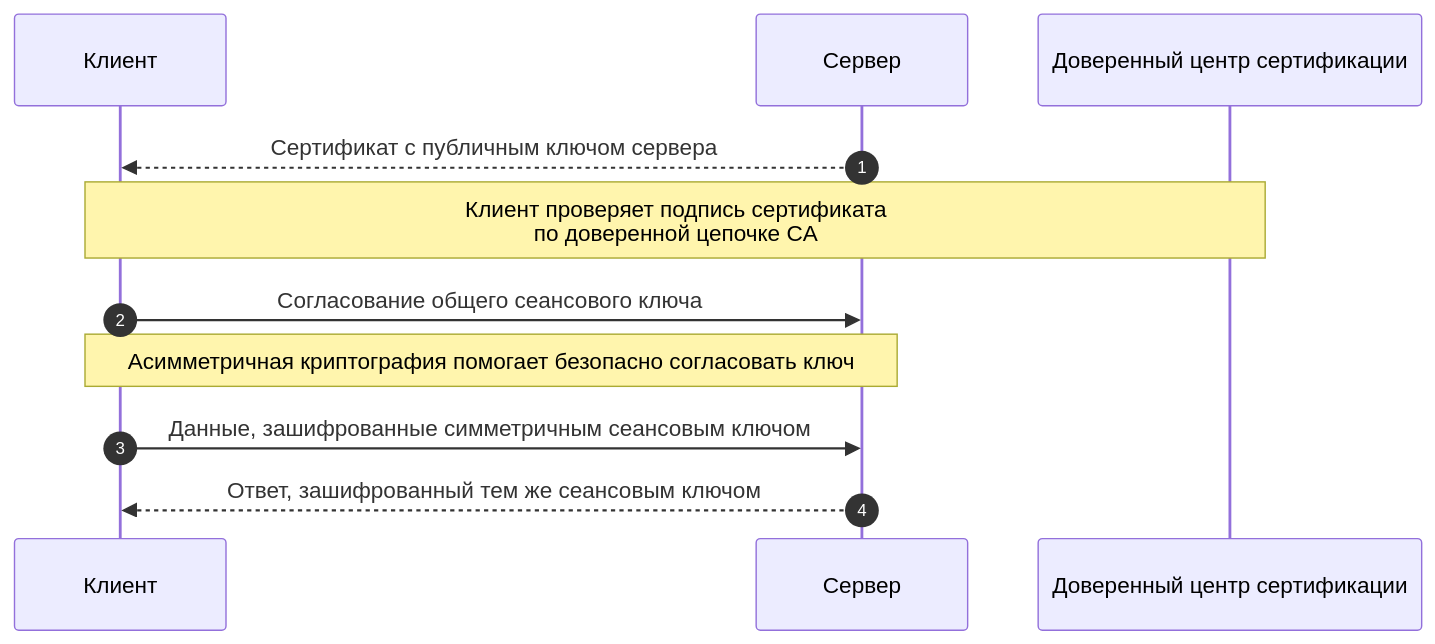
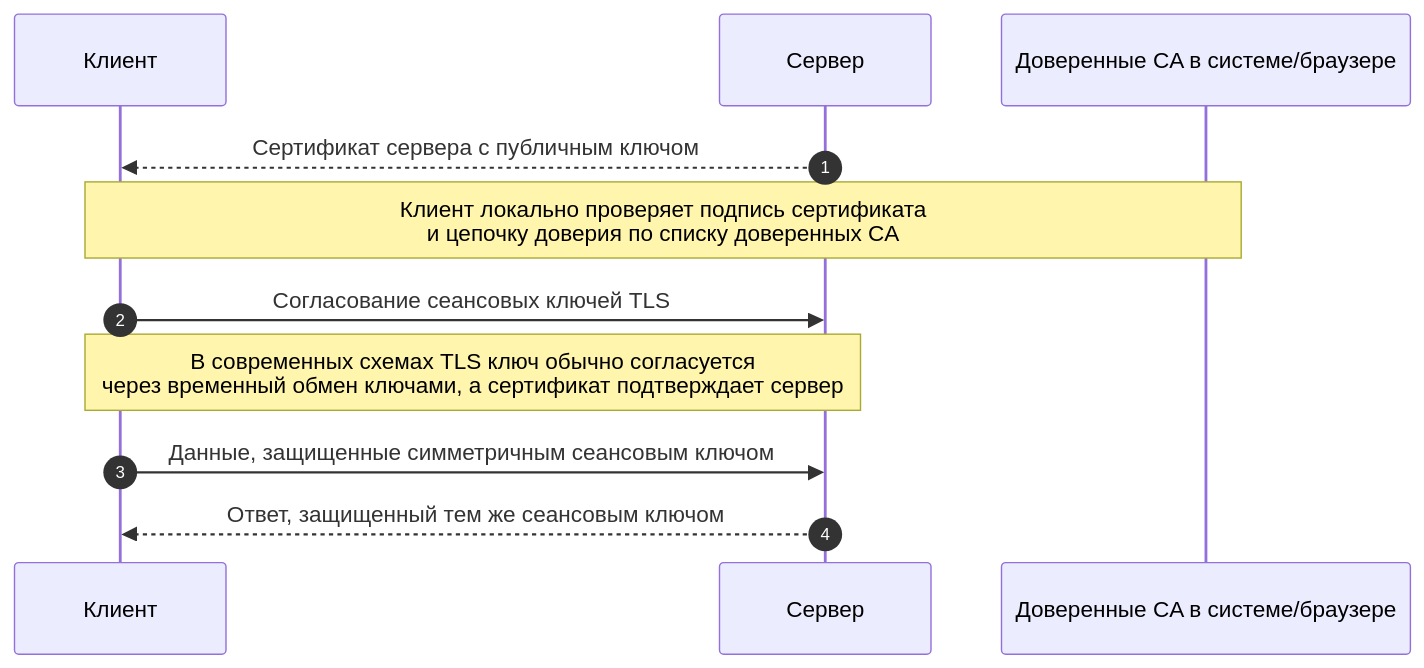
One commit to Mohanad0101/NetworSystemsQuestions changed diagram 25 of 32 in README.md. Above: the diagram before and after it, drawn with Mermaid. The commit also changed other lines of this file and 1 other file, not shown here.

````diff
--- a/README.md
+++ b/README.md
@@ -3450,13 +2080,13 @@
 ```mermaid
 sequenceDiagram
     autonumber
     participant C as Клиент
     participant S as Сервер
-    participant CA as Доверенный центр сертификации
-    S-->>C: Сертификат с публичным ключом сервера
-    Note over C,CA: Клиент проверяет подпись сертификата<br/>по доверенной цепочке CA
-    C->>S: Согласование общего сеансового ключа
-    Note over C,S: Асимметричная криптография помогает безопасно согласовать ключ
-    C->>S: Данные, зашифрованные симметричным сеансовым ключом
-    S-->>C: Ответ, зашифрованный тем же сеансовым ключом
+    participant T as Доверенные CA в системе/браузере
+    S-->>C: Сертификат сервера с публичным ключом
+    Note over C,T: Клиент локально проверяет подпись сертификата<br/>и цепочку доверия по списку доверенных CA
+    C->>S: Согласование сеансовых ключей TLS
+    Note over C,S: В современных схемах TLS ключ обычно согласуется<br/>через временный обмен ключами, а сертификат подтверждает сервер
+    C->>S: Данные, защищенные симметричным сеансовым ключом
+    S-->>C: Ответ, защищенный тем же сеансовым ключом
 ```
````
